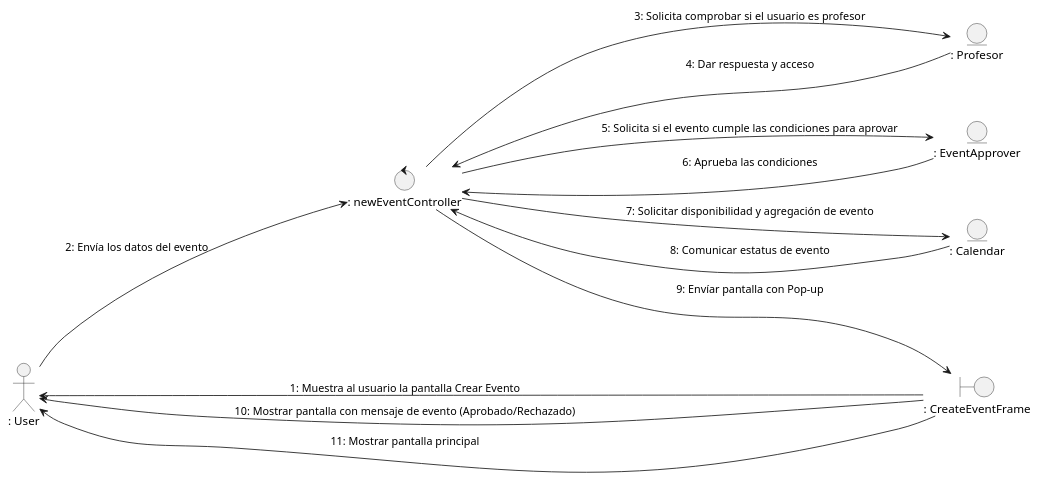
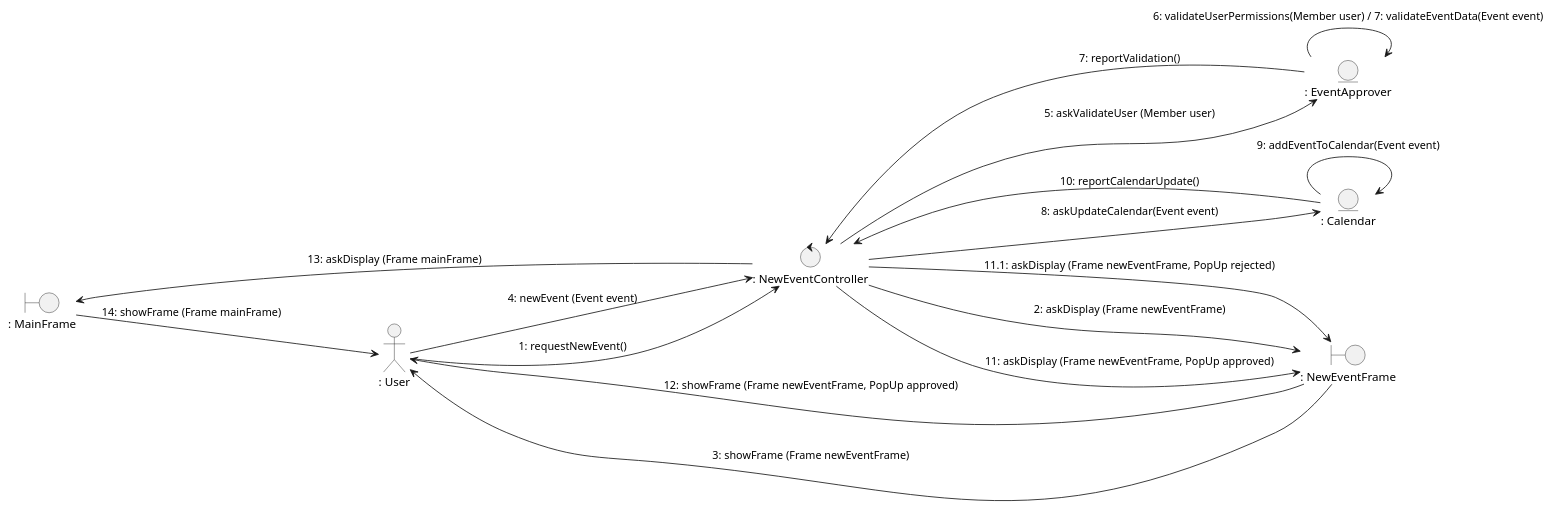
Before and after one commit to Danfloca02/ProyectoFacUpdate: the diagram in docs/logicalView/analysisView/usecaseAnalysis/collaborationDiagram/PlantUML/uc4_createEvent.plantuml, drawn with PlantUML. The commit also changed 7 other files, not shown here.

Commit message:
New changes to collaboration diagrams

```diff
--- a/docs/logicalView/analysisView/usecaseAnalysis/collaborationDiagram/PlantUML/uc4_createEvent.plantuml
+++ b/docs/logicalView/analysisView/usecaseAnalysis/collaborationDiagram/PlantUML/uc4_createEvent.plantuml
@@ -1,24 +1,28 @@
 @startuml uc4_createEvent
 
 left to right direction
 
 actor ": User" as user
-boundary ": CreateEventFrame" as vis
-entity ": Profesor" as mod
-entity ": EventApprover" as ea
+boundary ": NewEventFrame" as vis
+boundary ": MainFrame" as main
+entity ": EventApprover" as mod
 entity ": Calendar" as cal
-control ": newEventController" as con
+control ": NewEventController" as con
 
-vis --> user : 1: Muestra al usuario la pantalla Crear Evento
-user --> con : 2: Envía los datos del evento
-con --> mod : 3: Solicita comprobar si el usuario es profesor
-mod --> con : 4: Dar respuesta y acceso
-con --> ea : 5: Solicita si el evento cumple las condiciones para aprovar
-ea --> con : 6: Aprueba las condiciones
-con --> cal : 7: Solicitar disponibilidad y agregación de evento
-cal --> con : 8: Comunicar estatus de evento
-con --> vis : 9: Envíar pantalla con Pop-up
-vis --> user : 10: Mostrar pantalla con mensaje de evento (Aprobado/Rechazado)
-vis --> user : 11: Mostrar pantalla principal
+user --> con : 1: requestNewEvent()
+con --> vis : 2: askDisplay (Frame newEventFrame)
+vis --> user : 3: showFrame (Frame newEventFrame)
+user --> con : 4: newEvent (Event event)
+con --> mod : 5: askValidateUser (Member user)
+mod --> mod : 6: validateUserPermissions(Member user) / 7: validateEventData(Event event)
+mod --> con : 7: reportValidation()
+con --> cal : 8: askUpdateCalendar(Event event)
+cal --> cal : 9: addEventToCalendar(Event event)
+cal --> con : 10: reportCalendarUpdate()
+con --> vis : 11: askDisplay (Frame newEventFrame, PopUp approved)
+con --> vis : 11.1: askDisplay (Frame newEventFrame, PopUp rejected)
+vis --> user : 12: showFrame (Frame newEventFrame, PopUp approved)
+con -up-> main : 13: askDisplay (Frame mainFrame)
+main --> user : 14: showFrame (Frame mainFrame)
 
 @enduml
```
